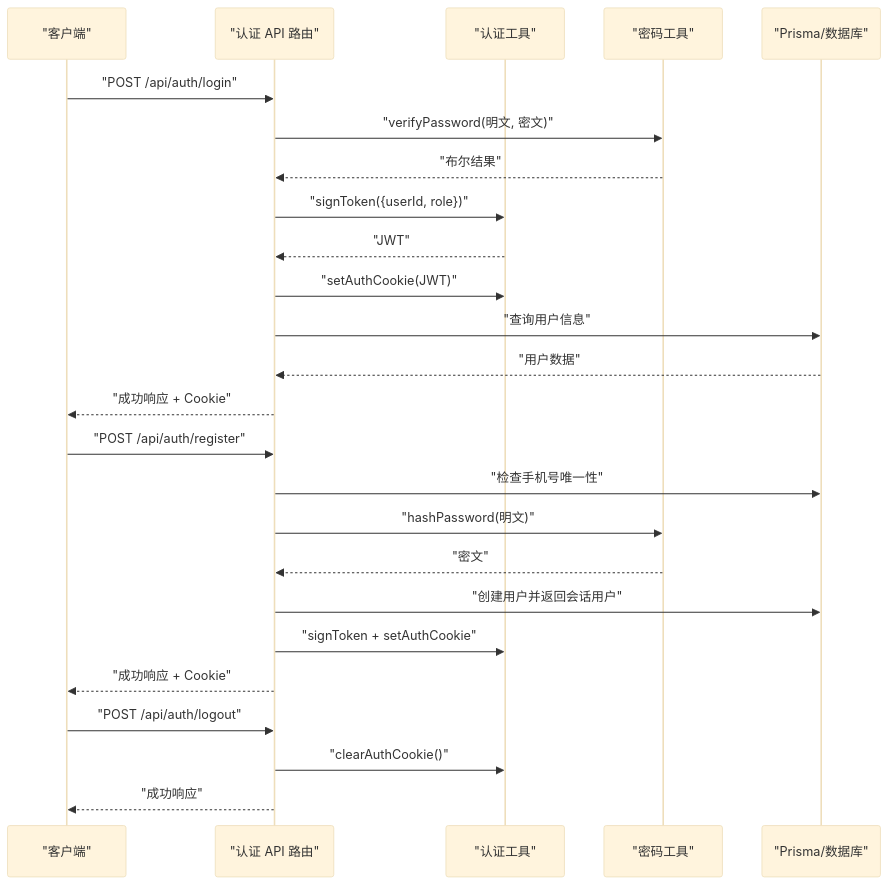
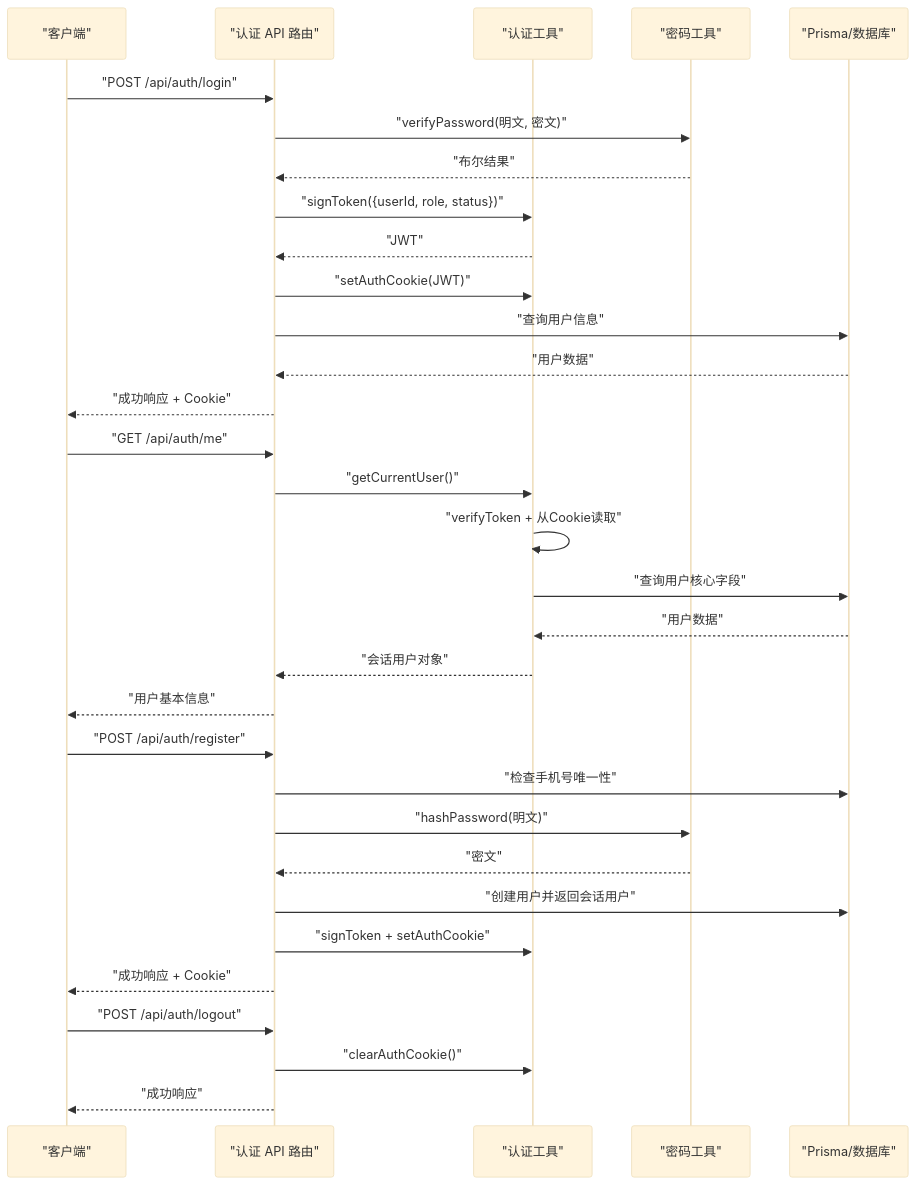
One commit to three3638-arch/celestia_2b changed the second of 5 diagrams in .qoder/repowiki/zh/content/认证系统/认证系统.md. Above: the diagram before and after it, drawn with Mermaid (base theme). The commit also changed other lines of this file and 17 other files, not shown here.

````diff
--- a/.qoder/repowiki/zh/content/认证系统/认证系统.md
+++ b/.qoder/repowiki/zh/content/认证系统/认证系统.md
@@ -127,27 +169,34 @@
 ```mermaid
 sequenceDiagram
 participant Client as "客户端"
 participant API as "认证 API 路由"
 participant Auth as "认证工具"
 participant Pass as "密码工具"
 participant DB as "Prisma/数据库"
 Client->>API : "POST /api/auth/login"
 API->>Pass : "verifyPassword(明文, 密文)"
 Pass-->>API : "布尔结果"
-API->>Auth : "signToken({userId, role})"
+API->>Auth : "signToken({userId, role, status})"
 Auth-->>API : "JWT"
 API->>Auth : "setAuthCookie(JWT)"
 API->>DB : "查询用户信息"
 DB-->>API : "用户数据"
 API-->>Client : "成功响应 + Cookie"
+Client->>API : "GET /api/auth/me"
+API->>Auth : "getCurrentUser()"
+Auth->>Auth : "verifyToken + 从Cookie读取"
+Auth->>DB : "查询用户核心字段"
+DB-->>Auth : "用户数据"
+Auth-->>API : "会话用户对象"
+API-->>Client : "用户基本信息"
 Client->>API : "POST /api/auth/register"
 API->>DB : "检查手机号唯一性"
 API->>Pass : "hashPassword(明文)"
 Pass-->>API : "密文"
 API->>DB : "创建用户并返回会话用户"
 API->>Auth : "signToken + setAuthCookie"
 API-->>Client : "成功响应 + Cookie"
 Client->>API : "POST /api/auth/logout"
 API->>Auth : "clearAuthCookie()"
 API-->>Client : "成功响应"
 ```
````
